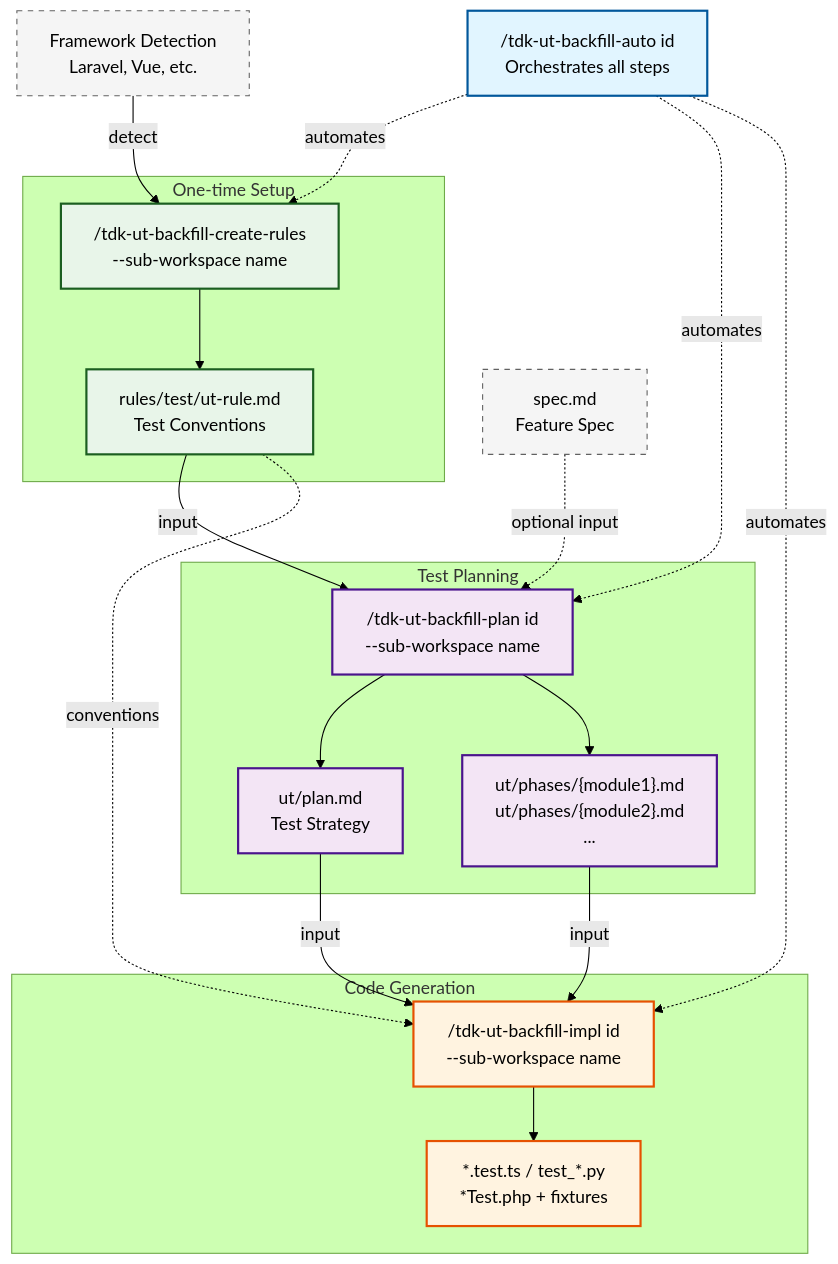
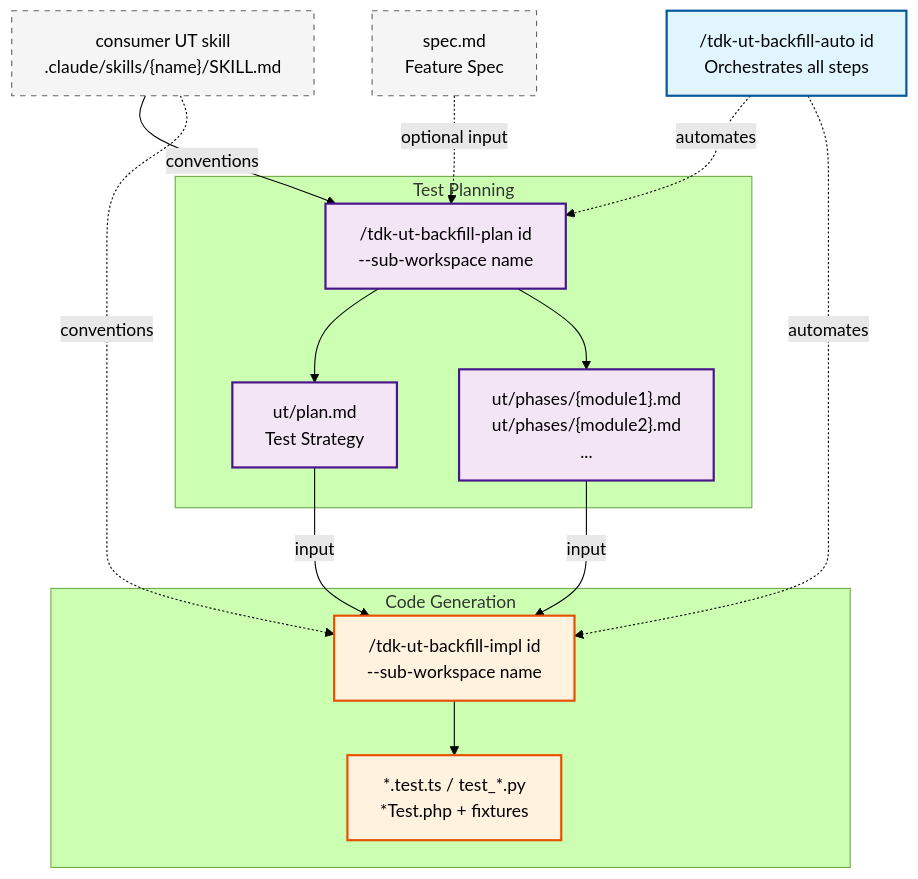
Before and after one commit to vinhltt/tdk: the sixth of 9 diagrams in .specify/docs/guides/document-flow.md, drawn with Mermaid (forest theme). The commit also changed other lines of this file and 50 other files, not shown here.

````diff
--- a/.specify/docs/guides/document-flow.md
+++ b/.specify/docs/guides/document-flow.md
@@ -205,49 +205,39 @@
 ```mermaid
 flowchart TD
-    FRAMEWORK_UT[Framework Detection<br/>Laravel, Vue, etc.]
     SPEC_UT[spec.md<br/>Feature Spec]
-
-    subgraph SETUP_UT["One-time Setup"]
-        CREATE_RULES["/tdk-ut-backfill-create-rules<br/>--sub-workspace name"]
-        UT_RULE["rules/test/ut-rule.md<br/>Test Conventions"]
-    end
+    UT_SKILL["consumer UT skill<br/>.claude/skills/{name}/SKILL.md"]
 
     subgraph PLANNING_UT["Test Planning"]
         UT_PLAN_CMD["/tdk-ut-backfill-plan id<br/>--sub-workspace name"]
         UT_PLAN["ut/plan.md<br/>Test Strategy"]
         UT_PHASES["ut/phases/{module1}.md<br/>ut/phases/{module2}.md<br/>..."]
     end
 
     subgraph GENERATION_UT["Code Generation"]
         UT_GEN["/tdk-ut-backfill-impl id<br/>--sub-workspace name"]
         TEST_FILES["*.test.ts / test_*.py<br/>*Test.php + fixtures"]
     end
 
     UT_AUTO["/tdk-ut-backfill-auto id<br/>Orchestrates all steps"]
 
-    FRAMEWORK_UT -->|detect| CREATE_RULES
-    CREATE_RULES --> UT_RULE
-    UT_RULE -->|input| UT_PLAN_CMD
+    UT_SKILL -->|conventions| UT_PLAN_CMD
     UT_PLAN_CMD --> UT_PLAN
     UT_PLAN_CMD --> UT_PHASES
     UT_PLAN -->|input| UT_GEN
     UT_PHASES -->|input| UT_GEN
-    UT_RULE -.->|conventions| UT_GEN
+    UT_SKILL -.->|conventions| UT_GEN
     UT_GEN --> TEST_FILES
-    UT_AUTO -.->|"automates"| CREATE_RULES
     UT_AUTO -.->|"automates"| UT_PLAN_CMD
     UT_AUTO -.->|"automates"| UT_GEN
     SPEC_UT -.->|optional input| UT_PLAN_CMD
 
-    classDef setup fill:#e8f5e9,stroke:#1b5e20,stroke-width:2px
     classDef planning fill:#f3e5f5,stroke:#4a148c,stroke-width:2px
     classDef generation fill:#fff3e0,stroke:#e65100,stroke-width:2px
     classDef orchestrator fill:#e1f5ff,stroke:#01579b,stroke-width:2px
     classDef reference fill:#f5f5f5,stroke:#616161,stroke-width:1px,stroke-dasharray: 5 5
 
-    class CREATE_RULES,UT_RULE setup
     class UT_PLAN_CMD,UT_PLAN,UT_PHASES planning
     class UT_GEN,TEST_FILES generation
     class UT_AUTO orchestrator
-    class SPEC_UT,FRAMEWORK_UT reference
+    class SPEC_UT,UT_SKILL reference
 ```
````
